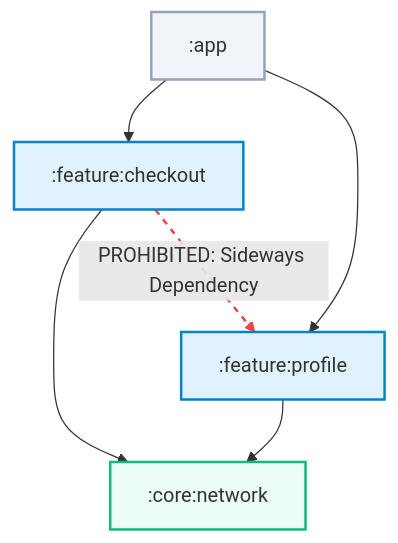
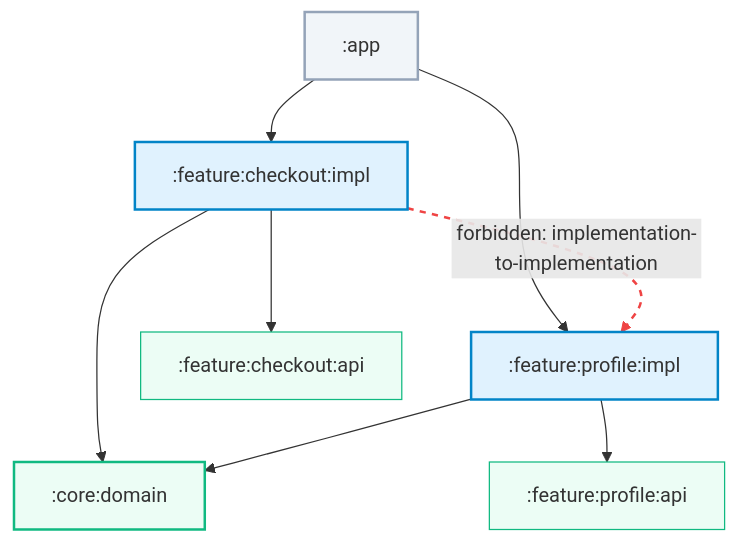
One commit to baole/konture changed the second of 2 diagrams in docs/articles/kotlin-architecture-tests-what-and-why.md. Above: the diagram before and after it, drawn with Mermaid. The commit also changed other lines of this file and 2 other files, not shown here.

````diff
--- a/docs/articles/kotlin-architecture-tests-what-and-why.md
+++ b/docs/articles/kotlin-architecture-tests-what-and-why.md
@@ -120,14 +99,18 @@
 ```mermaid
 graph TD
-    app[":app"] --> checkout[":feature:checkout"]
-    app --> profile[":feature:profile"]
-    checkout --> core[":core:network"]
+    app[":app"] --> checkout[":feature:checkout:impl"]
+    app --> profile[":feature:profile:impl"]
+    checkout --> checkoutApi[":feature:checkout:api"]
+    profile --> profileApi[":feature:profile:api"]
+    checkout --> core[":core:domain"]
     profile --> core
-    checkout -.->|"PROHIBITED: Sideways Dependency"| profile
+    checkout -.->|"forbidden: implementation-to-implementation"| profile
 
     style app fill:#f1f5f9,stroke:#94a3b8,stroke-width:2px
     style checkout fill:#e0f2fe,stroke:#0284c7,stroke-width:2px
     style profile fill:#e0f2fe,stroke:#0284c7,stroke-width:2px
+    style checkoutApi fill:#ecfdf5,stroke:#10b981,stroke-width:1px
+    style profileApi fill:#ecfdf5,stroke:#10b981,stroke-width:1px
     style core fill:#ecfdf5,stroke:#10b981,stroke-width:2px
-    linkStyle 4 stroke:#ef4444,stroke-width:2px,stroke-dasharray: 5 5;
+    linkStyle 6 stroke:#ef4444,stroke-width:2px,stroke-dasharray: 5 5;
 ```
````
